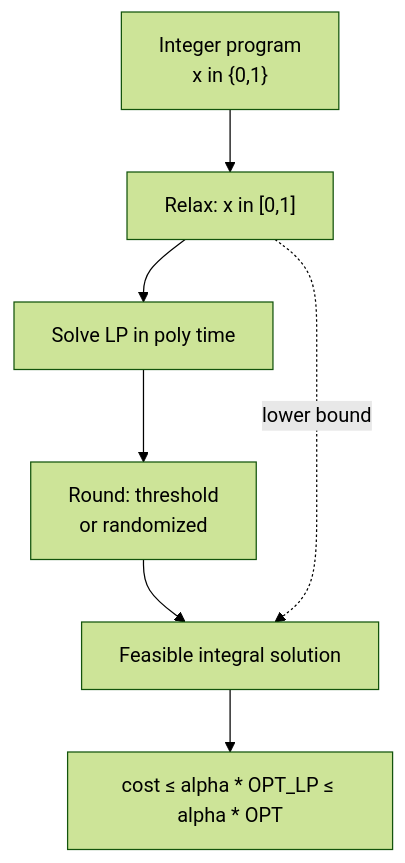
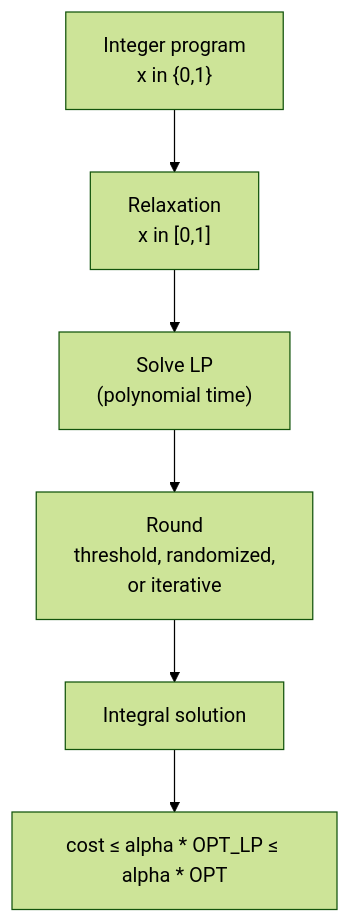
One commit to AndrewAltimit/Documentation changed the third of 6 diagrams in github-pages/docs/advanced/approximation-algorithms.md. Above: the diagram before and after it, drawn with Mermaid (forest theme). The commit also changed other lines of this file and 240 other files, not shown here.

````diff
--- a/github-pages/docs/advanced/approximation-algorithms.md
+++ b/github-pages/docs/advanced/approximation-algorithms.md
@@ -166,9 +146,8 @@
 ```mermaid
 flowchart TD
-    ILP["Integer program<br/>x in {0,1}"] --> LP["Relax: x in [0,1]"]
-    LP --> SOLVE["Solve LP in poly time"]
-    SOLVE --> ROUND["Round: threshold<br/>or randomized"]
-    ROUND --> FEAS["Feasible integral solution"]
-    LP -. lower bound .-> FEAS
-    FEAS --> RATIO["cost &le; alpha * OPT_LP &le; alpha * OPT"]
+    ILP["Integer program<br/>x in {0,1}"] --> LP["Relaxation<br/>x in [0,1]"]
+    LP --> SOLVE["Solve LP<br/>(polynomial time)"]
+    SOLVE --> ROUND["Round<br/>threshold, randomized,<br/>or iterative"]
+    ROUND --> SOL["Integral solution"]
+    SOL --> BOUND["cost &le; alpha * OPT_LP &le; alpha * OPT"]
 ```
````
